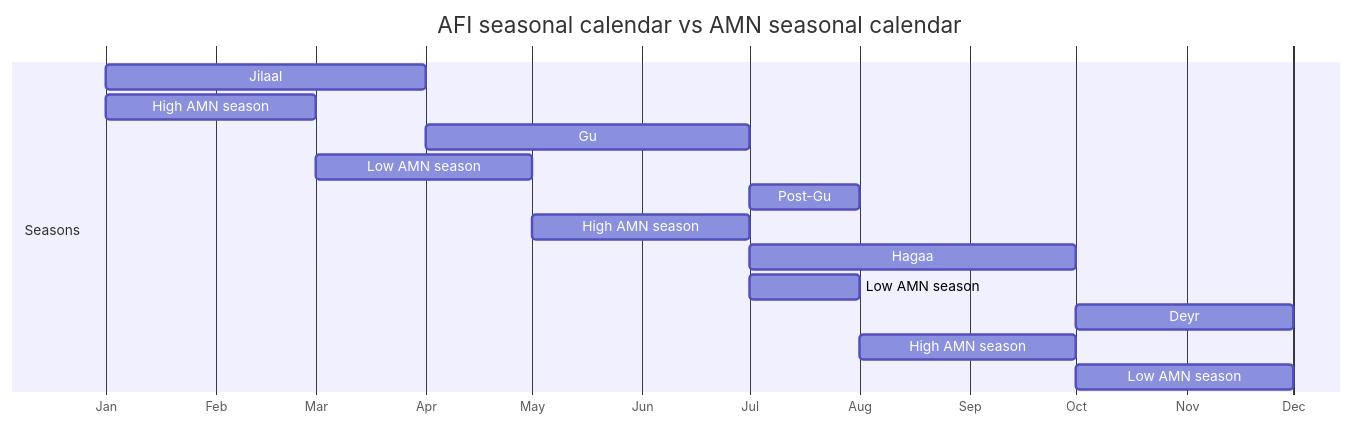
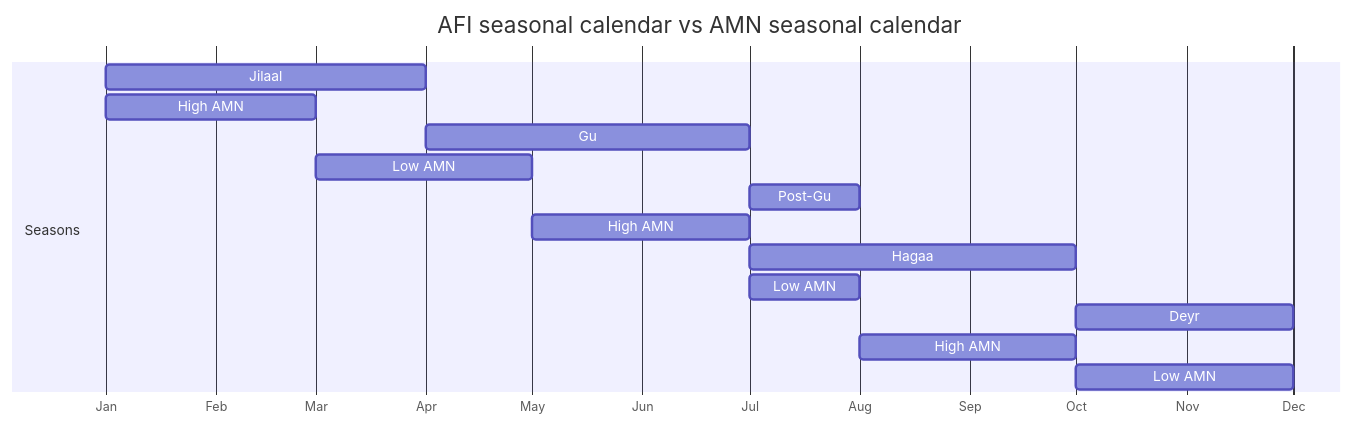
One commit to nutimes/som-sam-admit changed the eighth of 9 diagrams in presentation.qmd. Above: the diagram before and after it, drawn with Mermaid. The commit also changed other lines of this file, not shown here.

````diff
--- a/presentation.qmd
+++ b/presentation.qmd
@@ -719,25 +693,24 @@
 ```{mermaid}
 %%| label: afi-amn-calendar-riverine
-%%| fig-cap: "Source: adaptation based on this analysis findings"
 %%| fig-cap-location: bottom
 %%| fig-height: 4
 %%| fig-width: 13.7
 
 gantt
     title AFI seasonal calendar vs AMN seasonal calendar
     dateFormat M
     axisFormat %b
     todayMarker off
     section Seasons
-    Jilaal :afi1, 1, 4
-    High AMN season :amn1, 1, 3
-    Gu     :afi2, 4, 7
-    Low AMN season :amn2, 3, 5
-    Post-Gu:afi3, 7, 8
-    High AMN season :amn3, 5, 7
-    Hagaa  :afi4, 7, 10
-    Low AMN season :amn4, 7, 8
-    Deyr   :afi5, 10, 12
-    High AMN season : amn5, 8, 10
-    Low AMN season  : amn6, 10, 12
+        Jilaal :afi1, 1, 4
+        High AMN :amn1, 1, 3
+        Gu     :afi2, 4, 7
+        Low AMN :amn2, 3, 5
+        Post-Gu :afi3, 7, 8
+        High AMN :amn3, 5, 7
+        Hagaa  :afi4, 7, 10
+        Low AMN :amn4, 7, 8
+        Deyr   :afi5, 10, 12
+        High AMN : amn5, 8, 10
+        Low AMN  : amn6, 10, 12
 ```
````
